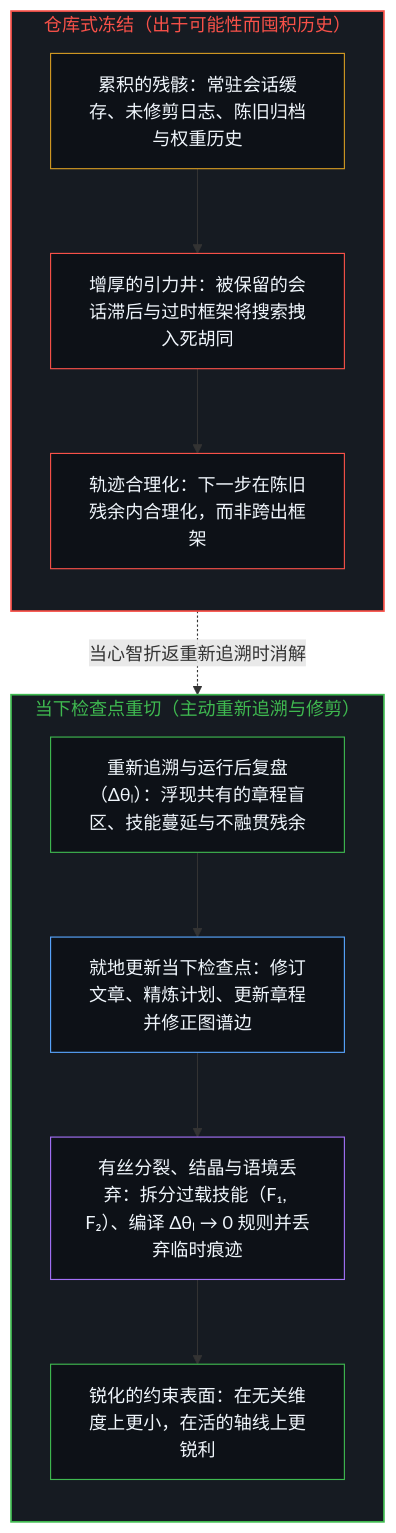
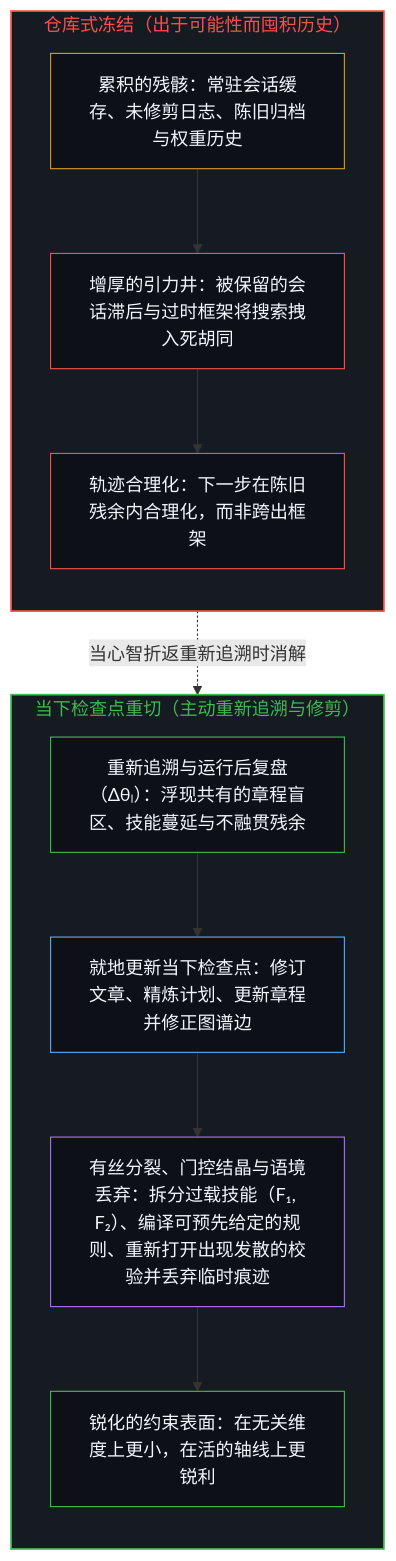
Before and after one commit to powerpig99/not-a-toe: the third of 4 diagrams in content/posts/your-codebase-is-memory.md, drawn with Mermaid. The commit also changed other lines of this file and 14 other files, not shown here.

````diff
--- a/content/posts/your-codebase-is-memory.md
+++ b/content/posts/your-codebase-is-memory.md
@@ -119,28 +119,28 @@
 ```mermaid
 flowchart TD
     subgraph S_Hoard["仓库式冻结（出于可能性而囤积历史）"]
         direction TB
         Store["累积的残骸：常驻会话缓存、未修剪日志、陈旧归档与权重历史"]
         Gravity["增厚的引力井：被保留的会话滞后与过时框架将搜索拽入死胡同"]
         Rat["轨迹合理化：下一步在陈旧残余内合理化，而非跨出框架"]
         Store --> Gravity --> Rat
     end
     subgraph S_Checkpoint["当下检查点重切（主动重新追溯与修剪）"]
         direction TB
         Retrace["重新追溯与运行后复盘（Δθₗ）：浮现共有的章程盲区、技能蔓延与不融贯残余"]
         Recut["就地更新当下检查点：修订文章、精炼计划、更新章程并修正图谱边"]
-        Prune["有丝分裂、结晶与语境丢弃：拆分过载技能（F₁, F₂）、编译 Δθₗ → 0 规则并丢弃临时痕迹"]
+        Prune["有丝分裂、门控结晶与语境丢弃：拆分过载技能（F₁, F₂）、编译可预先给定的规则、重新打开出现发散的校验并丢弃临时痕迹"]
         Clean["锐化的约束表面：在无关维度上更小，在活的轴线上更锐利"]
         Retrace --> Recut --> Prune --> Clean
     end
     Rat -.->|"当心智折返重新追溯时消解"| Retrace
     style S_Hoard fill:#161b22,stroke:#f85149,stroke-width:1.5px,color:#f85149
     style S_Checkpoint fill:#161b22,stroke:#3fb950,stroke-width:1.5px,color:#3fb950
     style Store fill:#0d1117,stroke:#d29922,stroke-width:1px,color:#f0f6fc
     style Gravity fill:#0d1117,stroke:#f85149,stroke-width:1px,color:#f0f6fc
     style Rat fill:#0d1117,stroke:#f85149,stroke-width:1px,color:#f0f6fc
     style Retrace fill:#0d1117,stroke:#3fb950,stroke-width:1px,color:#f0f6fc
     style Recut fill:#0d1117,stroke:#58a6ff,stroke-width:1px,color:#f0f6fc
     style Prune fill:#0d1117,stroke:#a371f7,stroke-width:1px,color:#f0f6fc
     style Clean fill:#0d1117,stroke:#3fb950,stroke-width:1px,color:#f0f6fc
 ```
````
